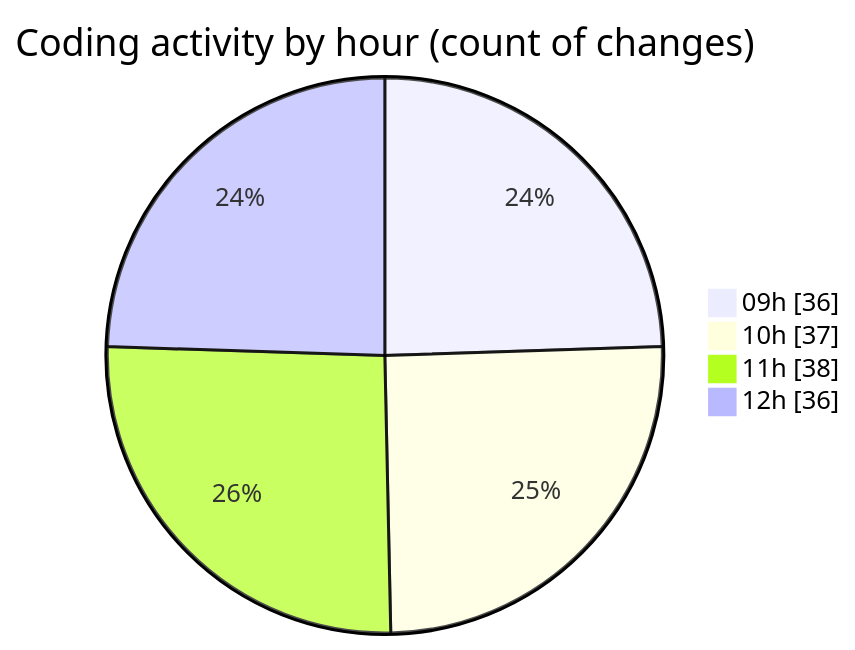
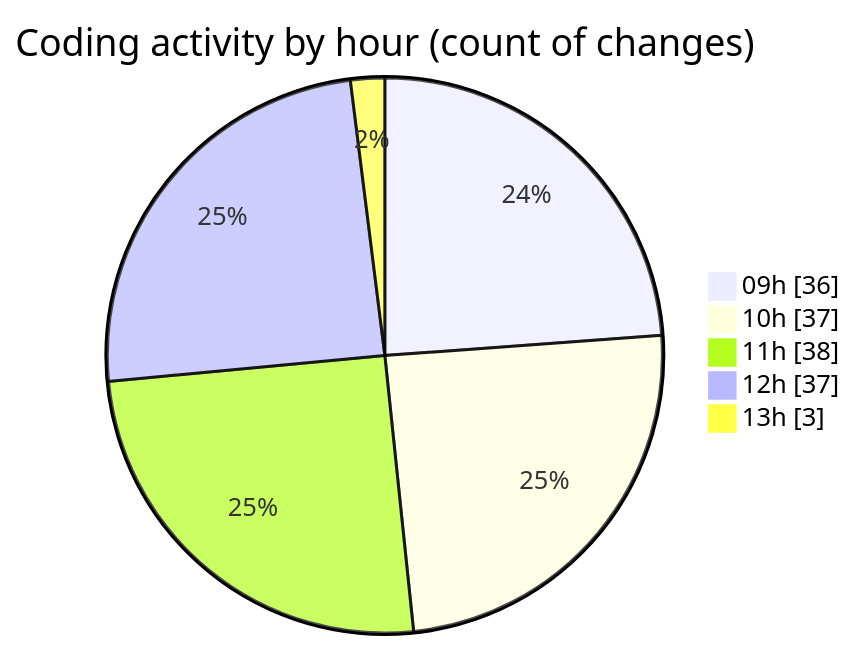
One commit to momahboobian/code-tracking changed the second of 2 diagrams in 2026-04-16/cda/README.md. Above: the diagram before and after it, drawn with Mermaid. The commit also changed other lines of this file and 1 other file, not shown here.

````diff
--- a/2026-04-16/cda/README.md
+++ b/2026-04-16/cda/README.md
@@ -31,8 +31,9 @@
 ```mermaid
 pie showData
 title Coding activity by hour (count of changes)
 "09h" : 36
 "10h" : 37
 "11h" : 38
-"12h" : 36
+"12h" : 37
+"13h" : 3
 ```
````
